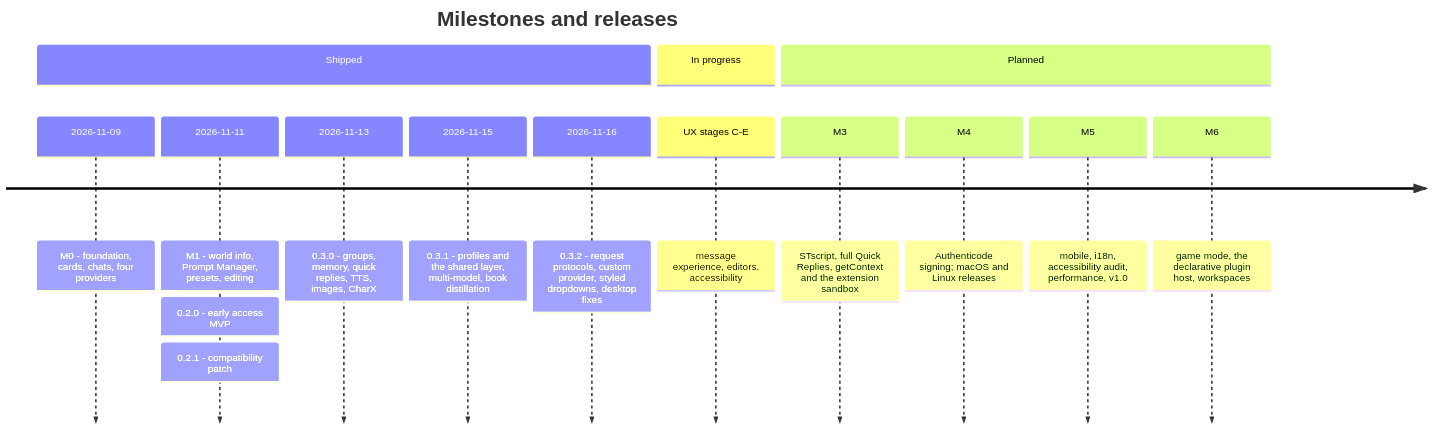
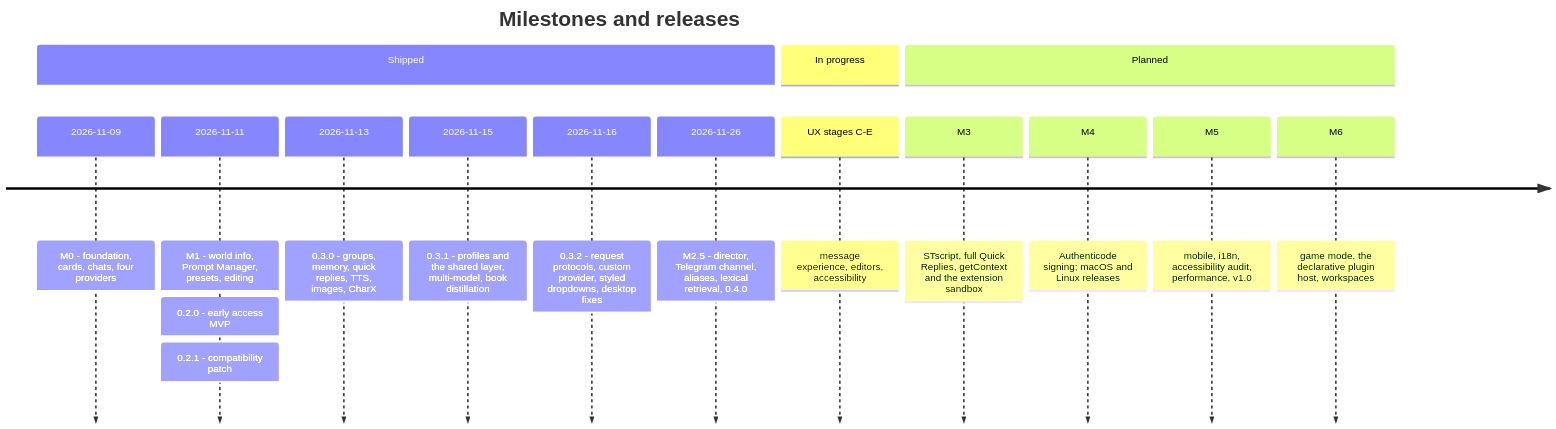
Before and after one commit to BerryUIKI/CatCup-Tavern: the diagram in docs/MILESTONES.md, drawn with Mermaid. The commit also changed other lines of this file and 28 other files, not shown here.

````diff
--- a/docs/MILESTONES.md
+++ b/docs/MILESTONES.md
@@ -17,19 +17,20 @@
 ```mermaid
 timeline
     title Milestones and releases
     section Shipped
         2026-11-09 : M0 - foundation, cards, chats, four providers
         2026-11-11 : M1 - world info, Prompt Manager, presets, editing
                    : 0.2.0 - early access MVP
                    : 0.2.1 - compatibility patch
         2026-11-13 : 0.3.0 - groups, memory, quick replies, TTS, images, CharX
         2026-11-15 : 0.3.1 - profiles and the shared layer, multi-model, book distillation
         2026-11-16 : 0.3.2 - request protocols, custom provider, styled dropdowns, desktop fixes
+        2026-11-26 : M2.5 - director, Telegram channel, aliases, lexical retrieval, 0.4.0
     section In progress
         UX stages C-E : message experience, editors, accessibility
     section Planned
         M3 : STscript, full Quick Replies, getContext and the extension sandbox
         M4 : Authenticode signing; macOS and Linux releases
         M5 : mobile, i18n, accessibility audit, performance, v1.0
         M6 : game mode, the declarative plugin host, workspaces
 ```
````
